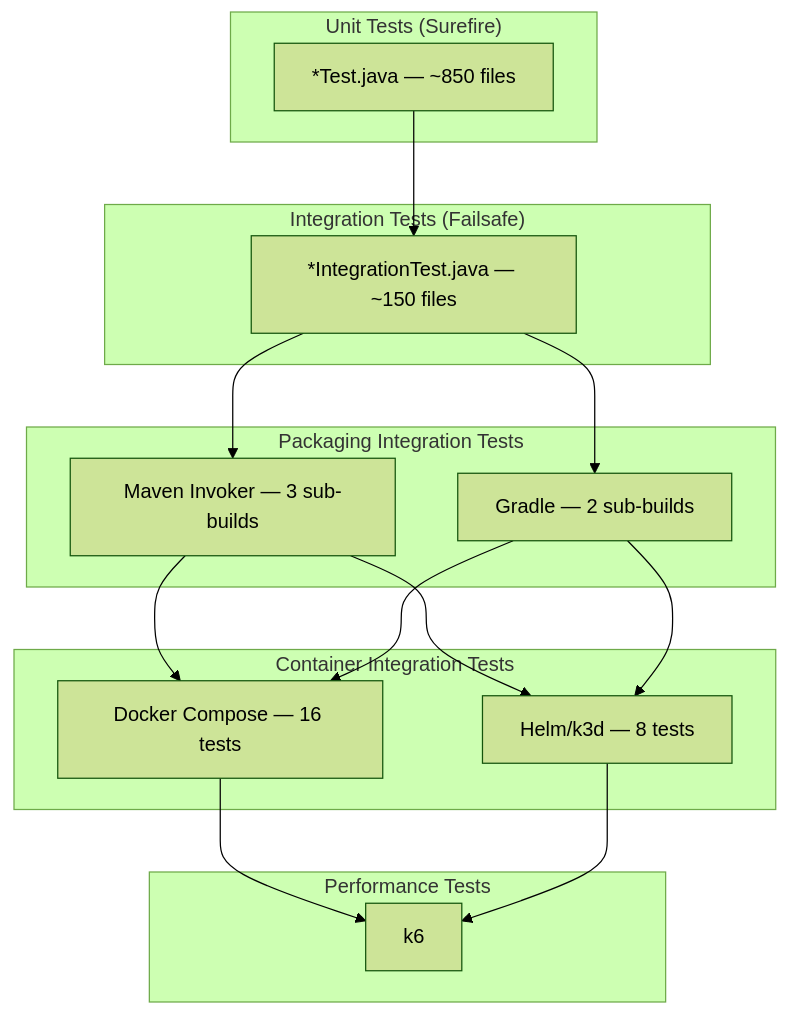
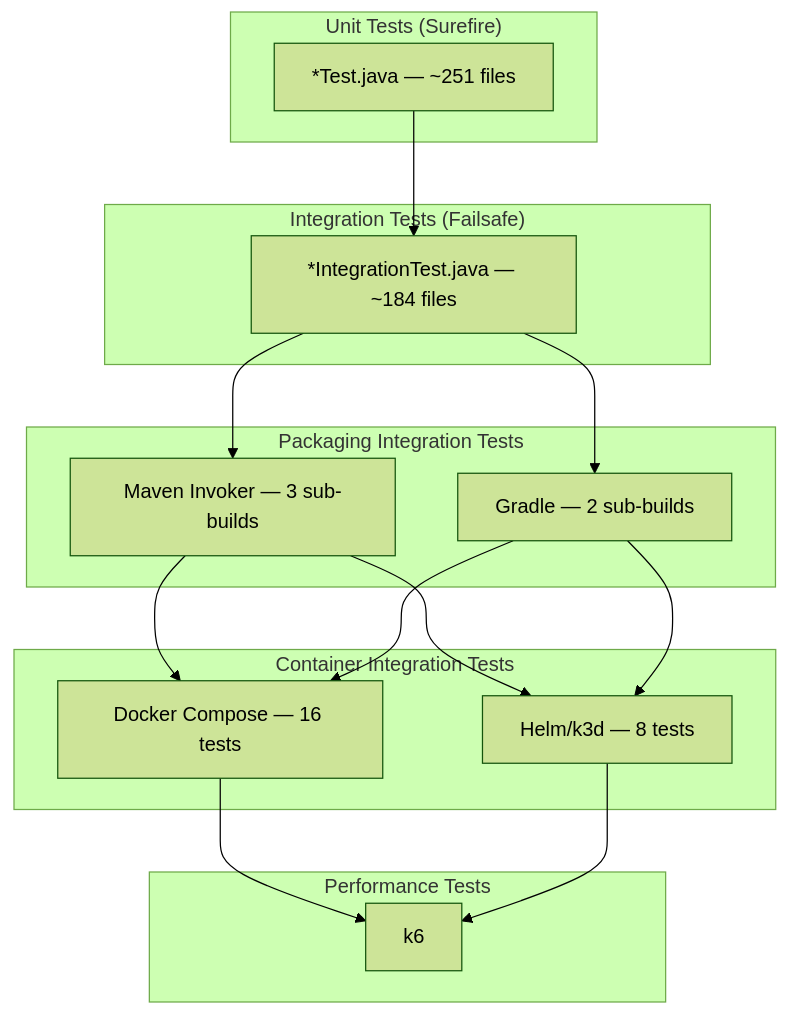
The first of 3 diagrams in docs/testing.md (sean8601/mockserver-monorepo), drawn with Mermaid (forest theme) before and after one commit. The commit also changed other lines of this file and 210 other files, not shown here.

````diff
--- a/docs/testing.md
+++ b/docs/testing.md
@@ -7,21 +7,21 @@
 ```mermaid
 graph TB
     subgraph "Unit Tests (Surefire)"
-        UT["*Test.java — ~850 files"]
+        UT["*Test.java — ~251 files"]
     end
     subgraph "Integration Tests (Failsafe)"
-        IT["*IntegrationTest.java — ~150 files"]
+        IT["*IntegrationTest.java — ~184 files"]
     end
     subgraph "Packaging Integration Tests"
         MI["Maven Invoker — 3 sub-builds"]
         GI["Gradle — 2 sub-builds"]
     end
     subgraph "Container Integration Tests"
         DC["Docker Compose — 16 tests"]
         HT["Helm/k3d — 8 tests"]
     end
     subgraph "Performance Tests"
         PT["k6"]
     end
     UT --> IT --> MI & GI --> DC & HT --> PT
 ```
````
